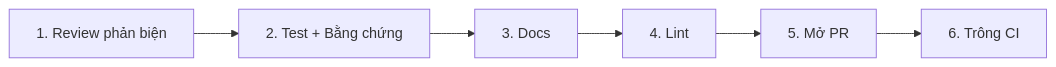
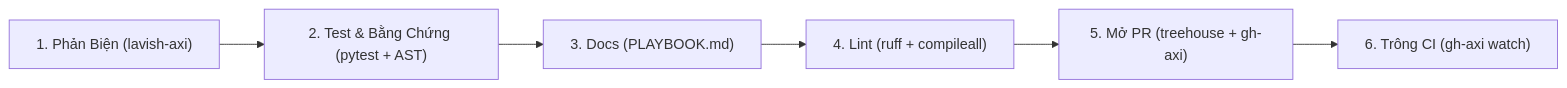
The second of 2 diagrams in AGENTS.md (hongphuoc6104/De-tai-xuat-sac), drawn with Mermaid before and after one commit. The commit also changed other lines of this file and 22 other files, not shown here.

````diff
--- a/AGENTS.md
+++ b/AGENTS.md
@@ -54,8 +54,8 @@
 ```mermaid
 flowchart LR
-    A["1. Review phản biện"] --> B["2. Test + Bằng chứng"]
-    B --> C["3. Docs"]
-    C --> D["4. Lint"]
-    D --> E["5. Mở PR"]
-    E --> F["6. Trông CI"]
+    A["1. Phản Biện (lavish-axi)"] --> B["2. Test & Bằng Chứng (pytest + AST)"]
+    B --> C["3. Docs (PLAYBOOK.md)"]
+    C --> D["4. Lint (ruff + compileall)"]
+    D --> E["5. Mở PR (treehouse + gh-axi)"]
+    E --> F["6. Trông CI (gh-axi watch)"]
 ```
````
